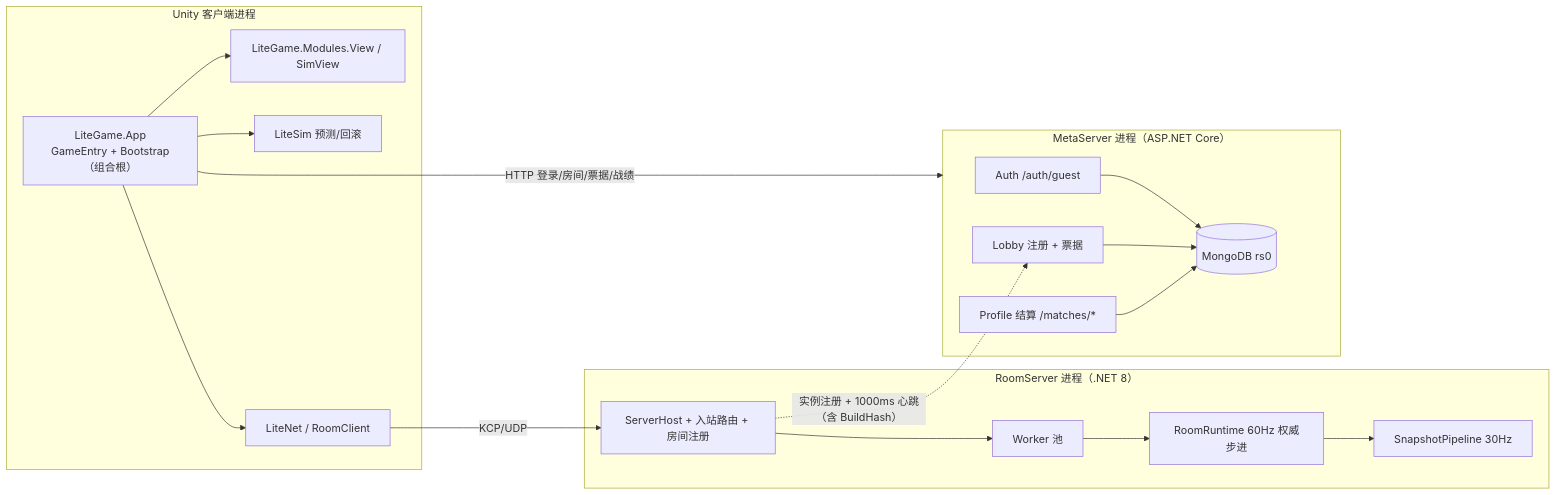
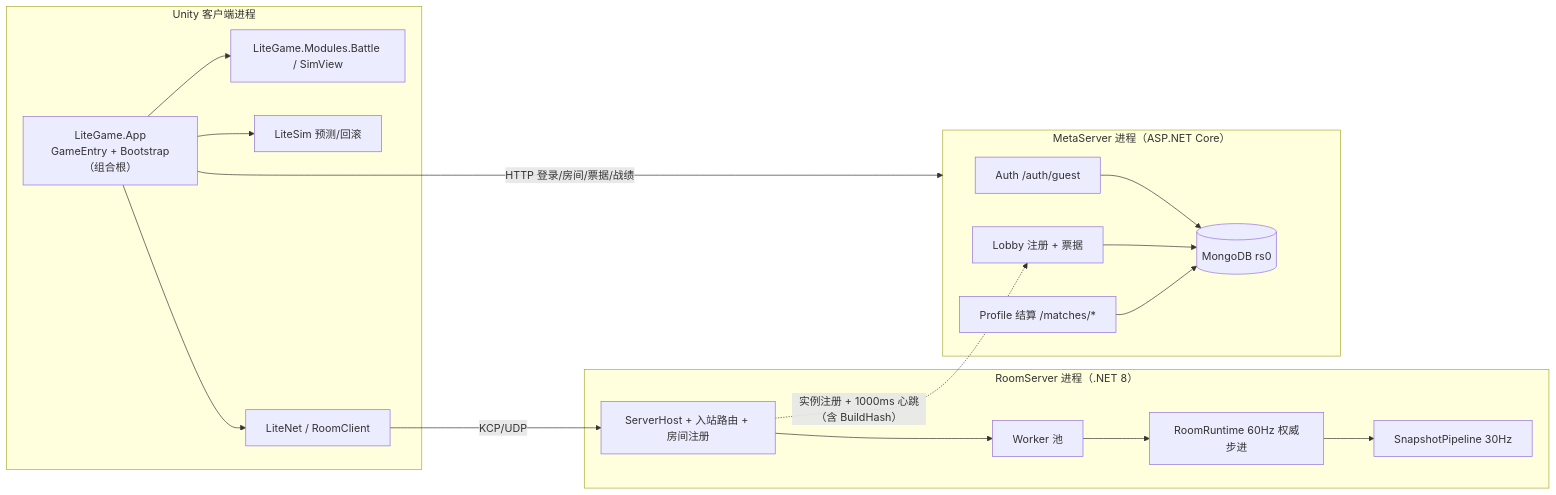
The diagram in Docs/说明/02-架构总览与程序集分层.md (highhunter777/LiteFrameWork), drawn with Mermaid before and after one commit. The commit also changed other lines of this file and 585 other files, not shown here.

````diff
--- a/Docs/说明/02-架构总览与程序集分层.md
+++ b/Docs/说明/02-架构总览与程序集分层.md
@@ -90,31 +98,31 @@
 ```mermaid
 flowchart LR
     subgraph C["Unity 客户端进程"]
         APP["LiteGame.App<br/>GameEntry + Bootstrap（组合根）"]
-        VIEW["LiteGame.Modules.View / SimView"]
+        VIEW["LiteGame.Modules.Battle / SimView"]
         SIM["LiteSim 预测/回滚"]
         NET["LiteNet / RoomClient"]
         APP --> VIEW
         APP --> SIM
         APP --> NET
     end
     subgraph R["RoomServer 进程（.NET 8）"]
         HOST["ServerHost + 入站路由 + 房间注册"]
         WORKER["Worker 池"]
         KERNEL["RoomRuntime 60Hz 权威步进"]
         PIPE["SnapshotPipeline 30Hz"]
         HOST --> WORKER --> KERNEL --> PIPE
     end
     subgraph M["MetaServer 进程（ASP.NET Core）"]
         AUTH["Auth /auth/guest"]
         LOBBY["Lobby 注册 + 票据"]
         PROF["Profile 结算 /matches/*"]
         MONGO[("MongoDB rs0")]
         AUTH --> MONGO
         LOBBY --> MONGO
         PROF --> MONGO
     end
     NET -- "KCP/UDP" --> HOST
     APP -- "HTTP 登录/房间/票据/战绩" --> M
     HOST -. "实例注册 + 1000ms 心跳（含 BuildHash）" .-> LOBBY
 ```
````
